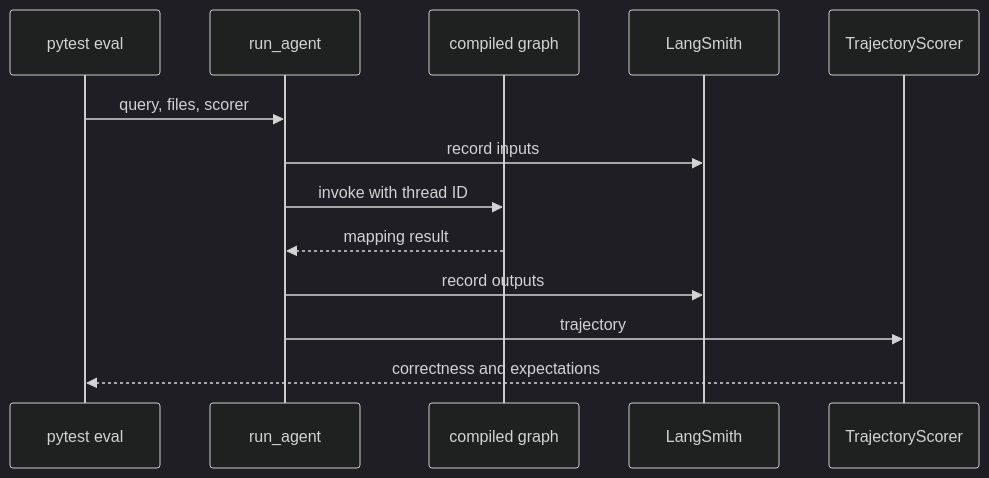
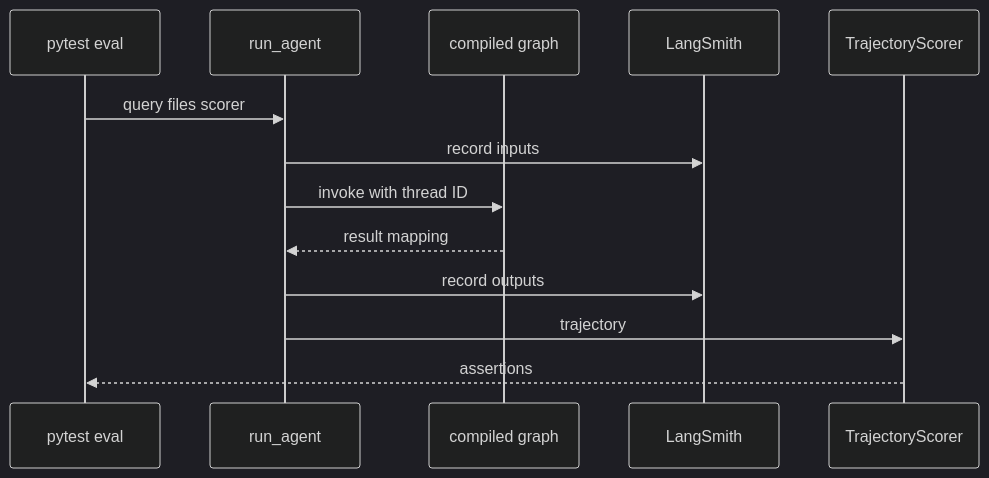
One commit to langchain-ai/deepagents changed the first of 2 diagrams in openwiki/workflows/run-evals.md. Above: the diagram before and after it, drawn with Mermaid (dark theme). The commit also changed other lines of this file and 37 other files, not shown here.

````diff
--- a/openwiki/workflows/run-evals.md
+++ b/openwiki/workflows/run-evals.md
@@ -140,15 +88,15 @@
 ```mermaid
 sequenceDiagram
     participant Test as pytest eval
     participant Runner as run_agent
     participant Graph as compiled graph
     participant Smith as LangSmith
     participant Scorer as TrajectoryScorer
-    Test->>Runner: query, files, scorer
+    Test->>Runner: query files scorer
     Runner->>Smith: record inputs
     Runner->>Graph: invoke with thread ID
-    Graph-->>Runner: mapping result
+    Graph-->>Runner: result mapping
     Runner->>Smith: record outputs
     Runner->>Scorer: trajectory
-    Scorer-->>Test: correctness and expectations
+    Scorer-->>Test: assertions
 ```
````
